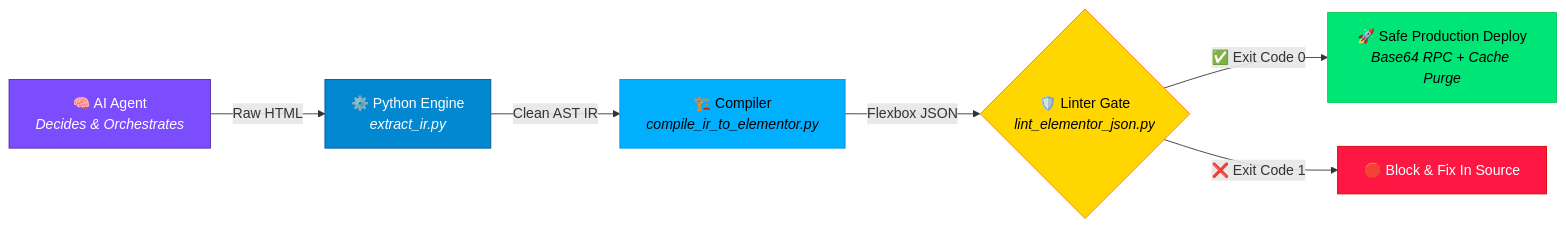
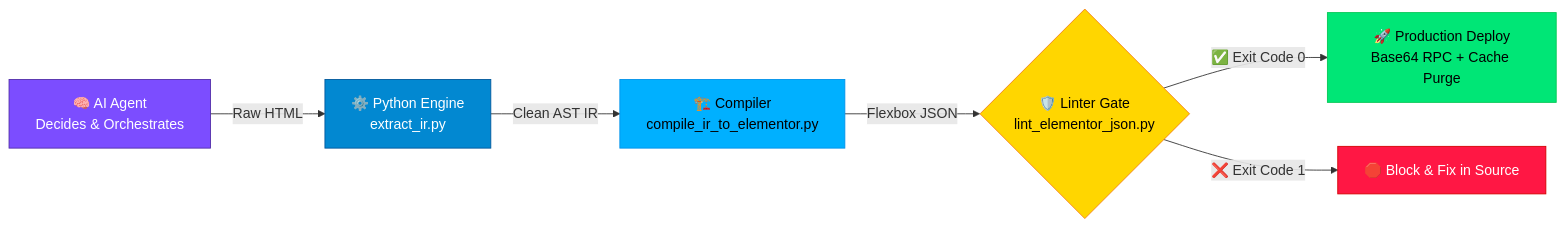
The first of 2 diagrams in README.md (eliuhads/stitch2elementor), drawn with Mermaid before and after one commit. The commit also changed other lines of this file and 1 other file, not shown here.

````diff
--- a/README.md
+++ b/README.md
@@ -42,15 +42,15 @@
 ```mermaid
 flowchart LR
-    A[🧠 AI Agent<br/><i>Decides & Orchestrates</i>] -->|Raw HTML| B[⚙️ Python Engine<br/><i>extract_ir.py</i>]
-    B -->|Clean AST IR| C[🏗️ Compiler<br/><i>compile_ir_to_elementor.py</i>]
-    C -->|Flexbox JSON| D{🛡️ Linter Gate<br/><i>lint_elementor_json.py</i>}
-    D -->|✅ Exit Code 0| E[🚀 Safe Production Deploy<br/><i>Base64 RPC + Cache Purge</i>]
-    D -->|❌ Exit Code 1| F[🛑 Block & Fix In Source]
+    A[🧠 AI Agent<br/>Decides & Orchestrates] -->|Raw HTML| B[⚙️ Python Engine<br/>extract_ir.py]
+    B -->|Clean AST IR| C[🏗️ Compiler<br/>compile_ir_to_elementor.py]
+    C -->|Flexbox JSON| D{🛡️ Linter Gate<br/>lint_elementor_json.py}
+    D -->|✅ Exit Code 0| E[🚀 Production Deploy<br/>Base64 RPC + Cache Purge]
+    D -->|❌ Exit Code 1| F[🛑 Block & Fix in Source]
 
     style A fill:#7c4dff,stroke:#512da8,color:#fff
     style B fill:#0288d1,stroke:#01579b,color:#fff
     style C fill:#00b0ff,stroke:#0091ea,color:#000
     style D fill:#ffd600,stroke:#f57f17,color:#000
     style E fill:#00e676,stroke:#00c853,color:#000
     style F fill:#ff1744,stroke:#d50000,color:#fff
 ```
````
